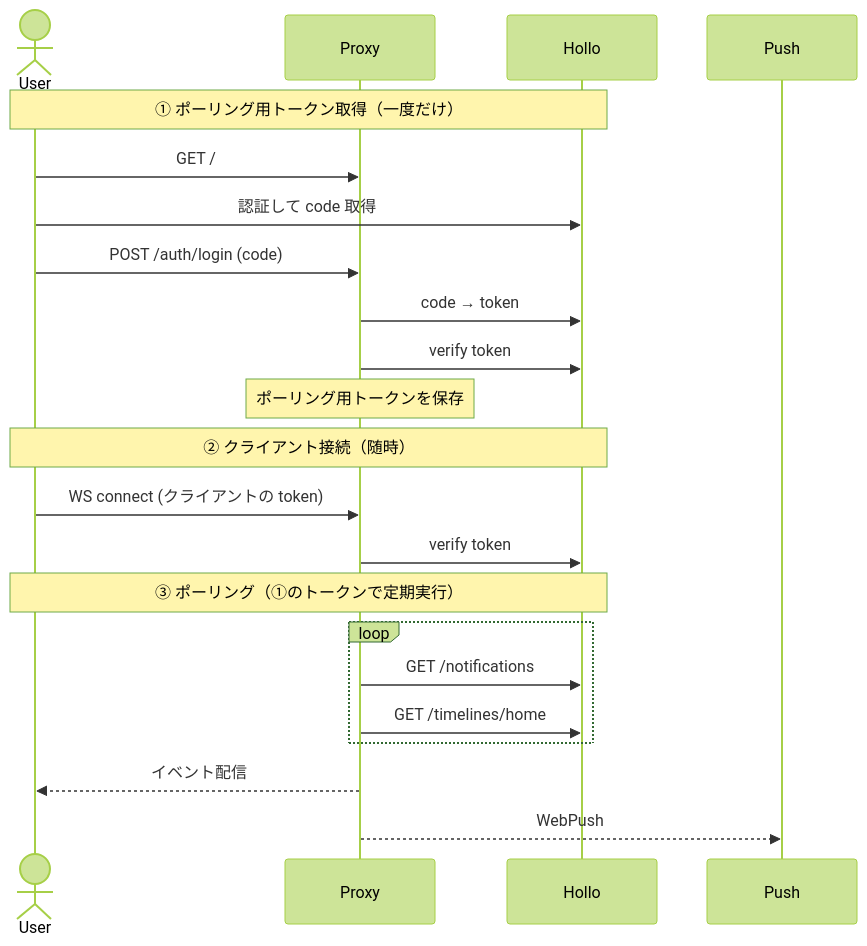
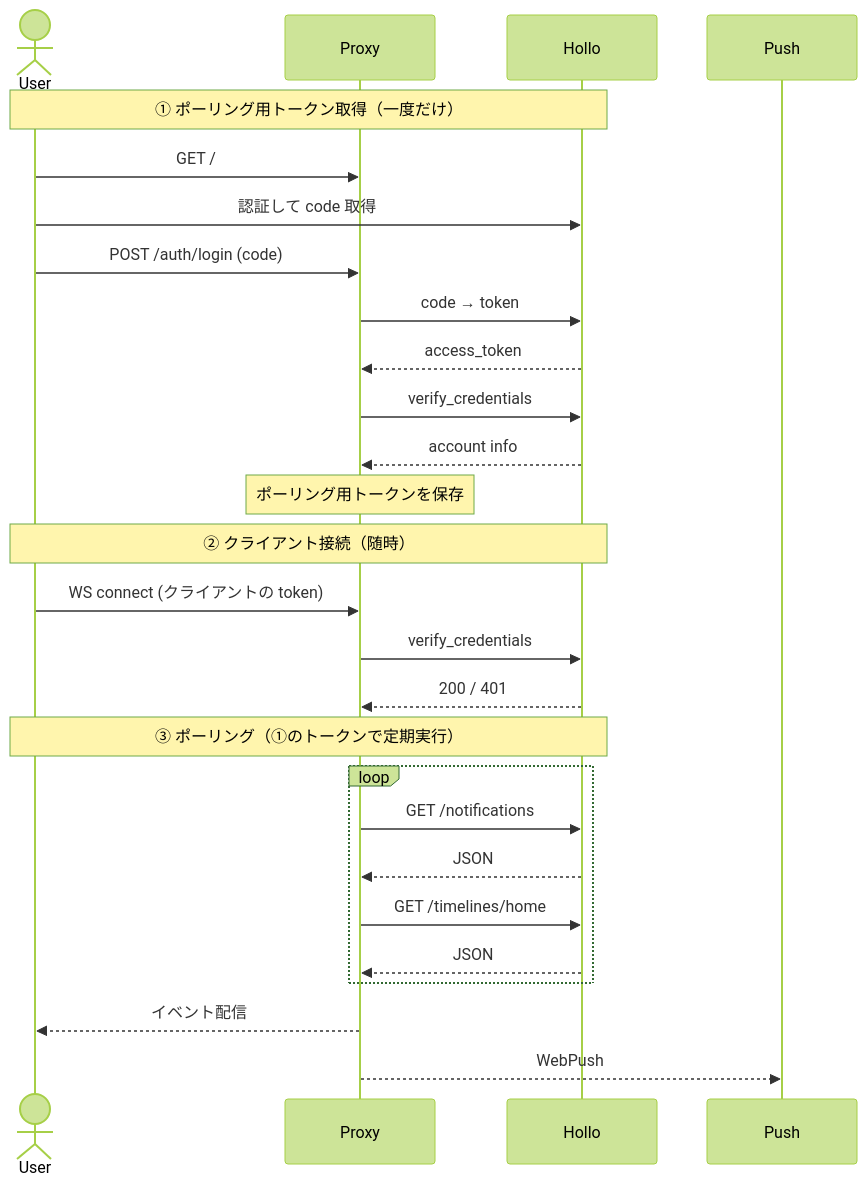
Before and after one commit to ntsklab/hollo-stream-proxy: the diagram in README.md, drawn with Mermaid (forest theme).

Commit message:
Add response arrows to sequence diagram

````diff
--- a/README.md
+++ b/README.md
@@ -121,26 +121,31 @@
 ```mermaid
 sequenceDiagram
     actor User
     participant Proxy
     participant Hollo
 
     Note over User,Hollo: ① ポーリング用トークン取得（一度だけ）
     User->>Proxy: GET /
     User->>Hollo: 認証して code 取得
     User->>Proxy: POST /auth/login (code)
     Proxy->>Hollo: code → token
-    Proxy->>Hollo: verify token
+    Hollo-->>Proxy: access_token
+    Proxy->>Hollo: verify_credentials
+    Hollo-->>Proxy: account info
     Note over Proxy: ポーリング用トークンを保存
 
     Note over User,Hollo: ② クライアント接続（随時）
     User->>Proxy: WS connect (クライアントの token)
-    Proxy->>Hollo: verify token
+    Proxy->>Hollo: verify_credentials
+    Hollo-->>Proxy: 200 / 401
 
     Note over User,Hollo: ③ ポーリング（①のトークンで定期実行）
     loop
         Proxy->>Hollo: GET /notifications
+        Hollo-->>Proxy: JSON
         Proxy->>Hollo: GET /timelines/home
+        Hollo-->>Proxy: JSON
     end
     Proxy-->>User: イベント配信
     Proxy-->>Push: WebPush
 ```
````
